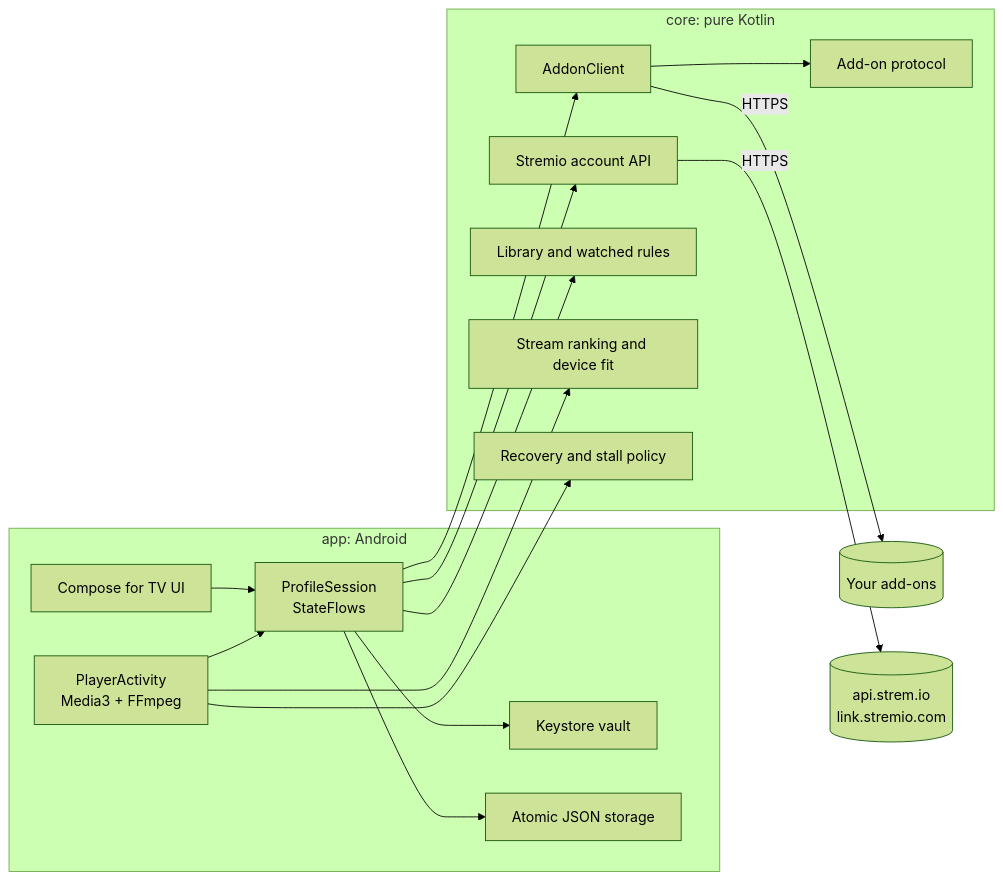
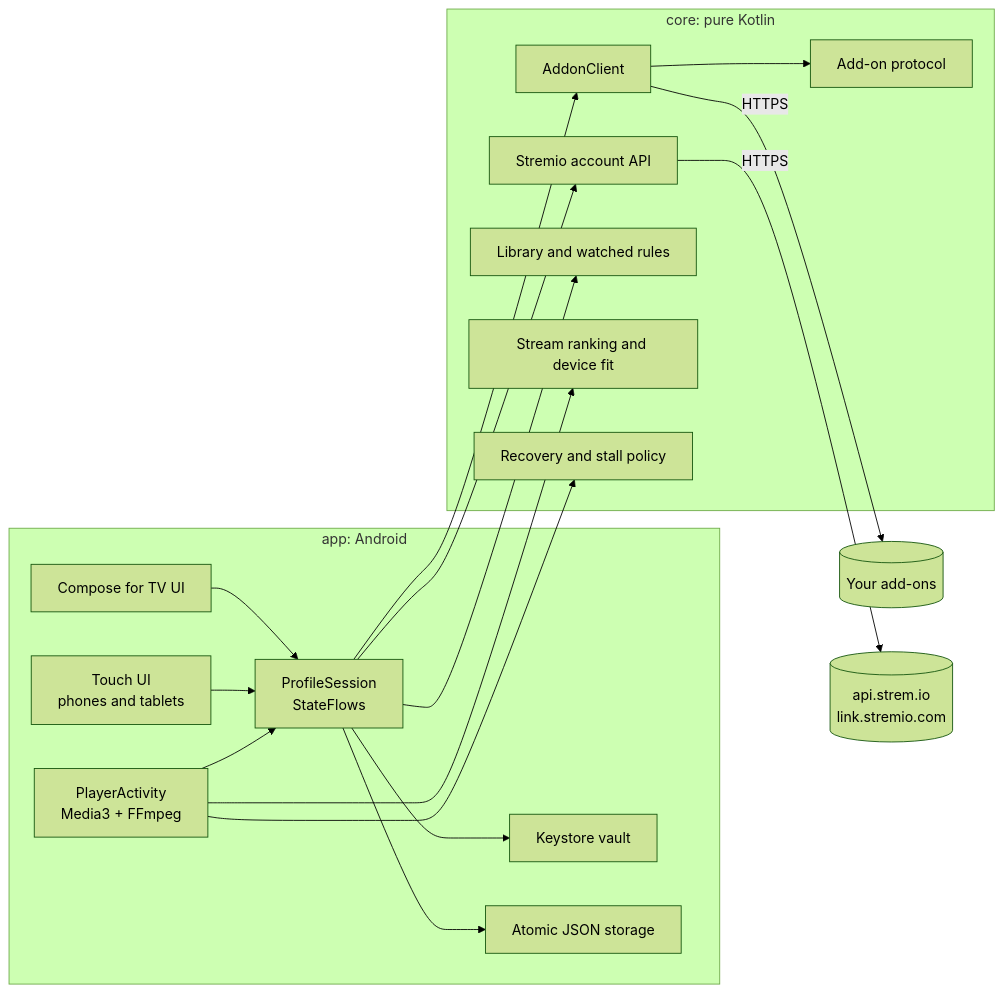
The diagram in README.md (MYKLHARU/vyrk-tv), drawn with Mermaid (forest theme) before and after one commit. The commit also changed other lines of this file and 33 other files, not shown here.

````diff
--- a/README.md
+++ b/README.md
@@ -103,23 +123,24 @@
 ```mermaid
 flowchart LR
   subgraph app [app: Android]
     UI[Compose for TV UI] --> Session[ProfileSession<br/>StateFlows]
+    Phone[Touch UI<br/>phones and tablets] --> Session
     Player[PlayerActivity<br/>Media3 + FFmpeg] --> Session
     Session --> Vault[Keystore vault]
     Session --> Store[Atomic JSON storage]
   end
   subgraph core [core: pure Kotlin]
     Client[AddonClient] --> Protocol[Add-on protocol]
     Account[Stremio account API]
     Library[Library and watched rules]
     Ranker[Stream ranking and device fit]
     Recovery[Recovery and stall policy]
   end
   Session --> Client
   Session --> Account
   Session --> Library
   Player --> Ranker
   Player --> Recovery
   Client -->|HTTPS| Addons[(Your add-ons)]
   Account -->|HTTPS| Stremio[(api.strem.io<br/>link.stremio.com)]
 ```
````
